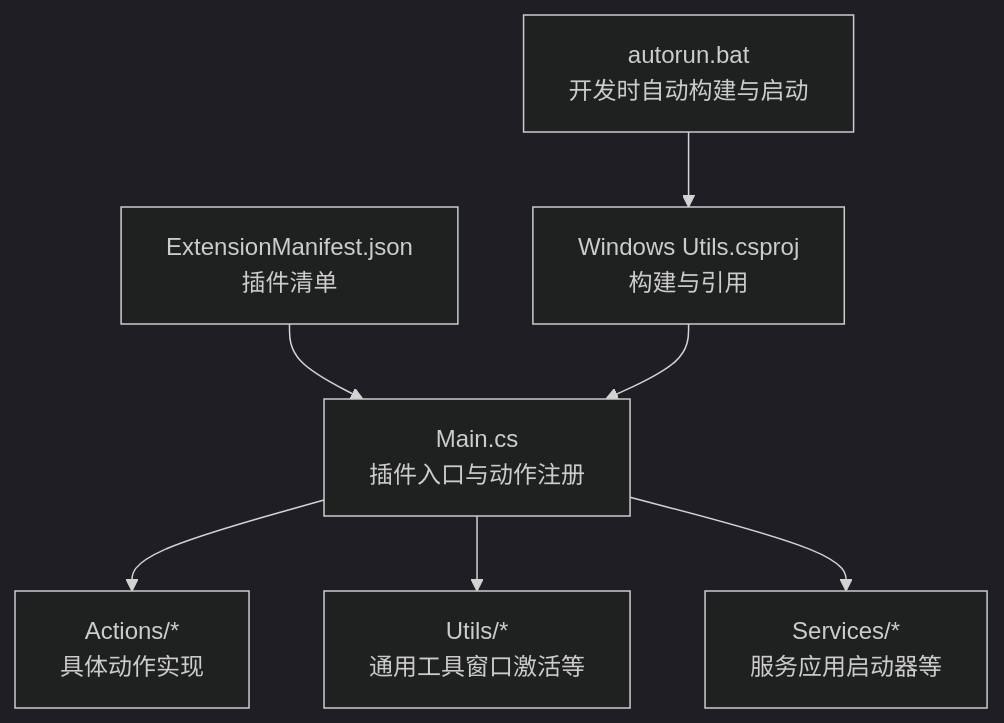
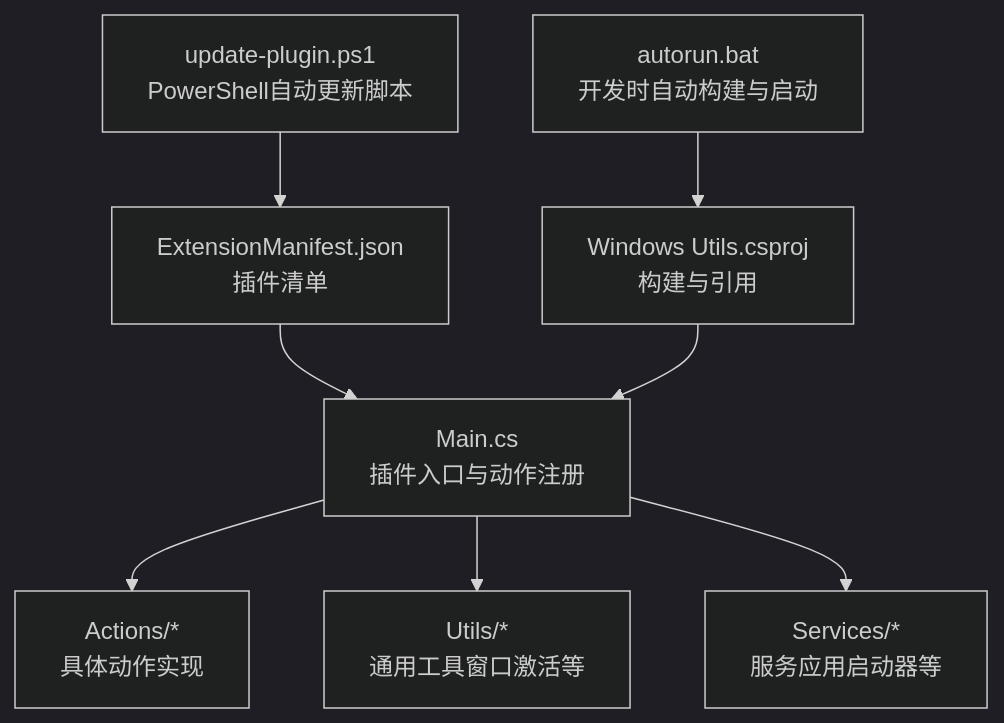
Before and after one commit to tea4go/Macro-Deck-Windows-Utils-Plugin: the first of 6 diagrams in .qoder/repowiki/zh/content/故障排除.md, drawn with Mermaid (dark theme). The commit also changed other lines of this file and 15 other files, not shown here.

````diff
--- a/.qoder/repowiki/zh/content/故障排除.md
+++ b/.qoder/repowiki/zh/content/故障排除.md
@@ -37,9 +45,10 @@
 ```mermaid
 graph TB
 A["Main.cs<br/>插件入口与动作注册"] --> B["Actions/*<br/>具体动作实现"]
 A --> C["Utils/*<br/>通用工具窗口激活等"]
 A --> D["Services/*<br/>服务应用启动器等"]
 E["ExtensionManifest.json<br/>插件清单"] --> A
 F["Windows Utils.csproj<br/>构建与引用"] --> A
 G["autorun.bat<br/>开发时自动构建与启动"] --> F
+H["update-plugin.ps1<br/>PowerShell自动更新脚本"] --> E
 ```
````
